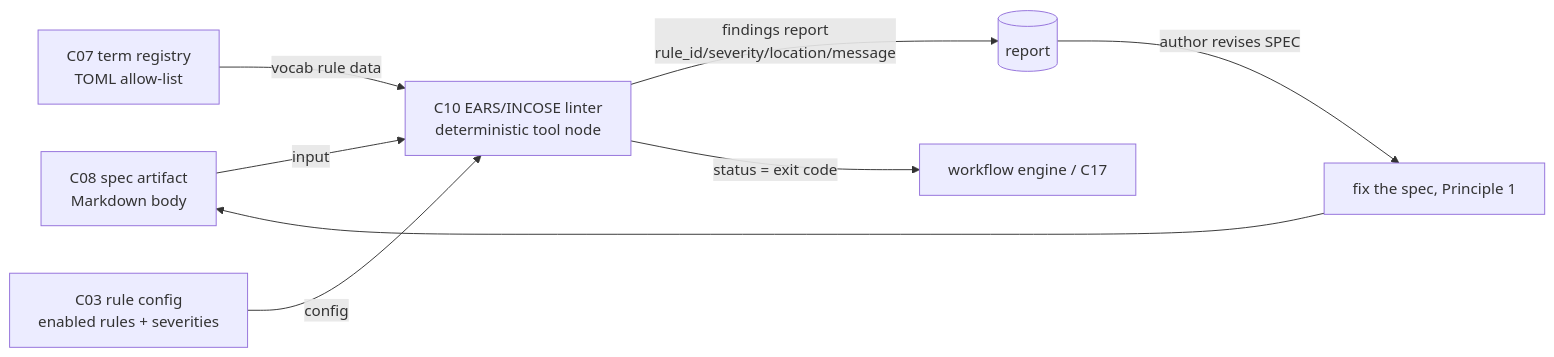
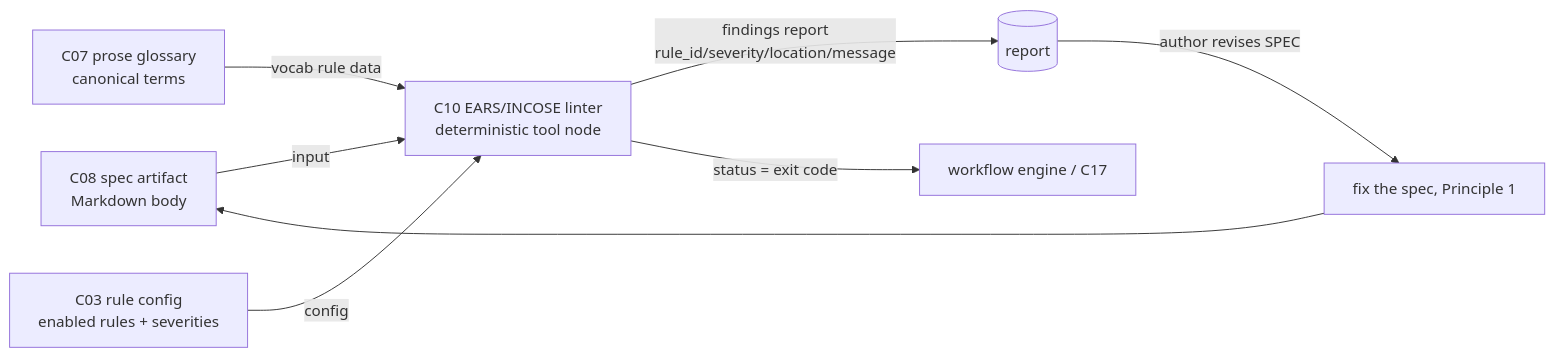
Before and after one commit to lago-morph/software-factory: the diagram in architectures/v4/spec/C10-spec-linter-ears.md, drawn with Mermaid. The commit also changed other lines of this file and 56 other files, not shown here.

````diff
--- a/architectures/v4/spec/C10-spec-linter-ears.md
+++ b/architectures/v4/spec/C10-spec-linter-ears.md
@@ -194,10 +193,10 @@
 ```mermaid
 flowchart LR
     S[C08 spec artifact<br/>Markdown body] -->|input| L[C10 EARS/INCOSE linter<br/>deterministic tool node]
-    V[C07 term registry<br/>TOML allow-list] -->|vocab rule data| L
+    V[C07 prose glossary<br/>canonical terms] -->|vocab rule data| L
     CFG[C03 rule config<br/>enabled rules + severities] -->|config| L
     L -->|findings report<br/>rule_id/severity/location/message| R[(report)]
     L -->|status = exit code| WE[workflow engine / C17]
     R -->|author revises SPEC| FIX[fix the spec, Principle 1]
     FIX --> S
 ```
````
